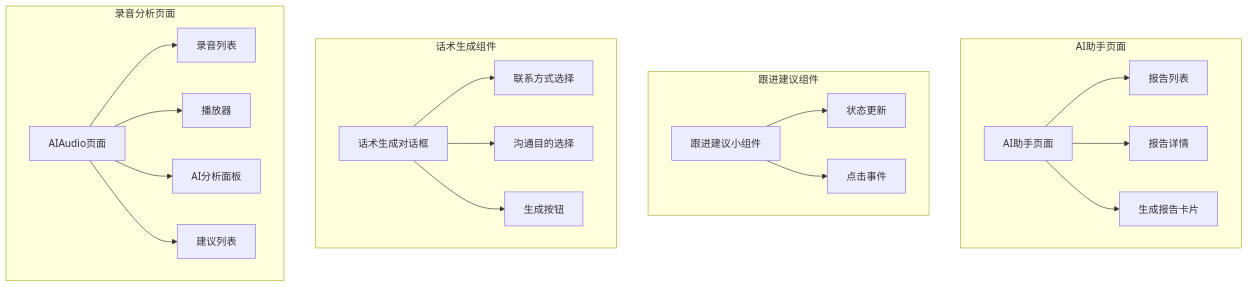
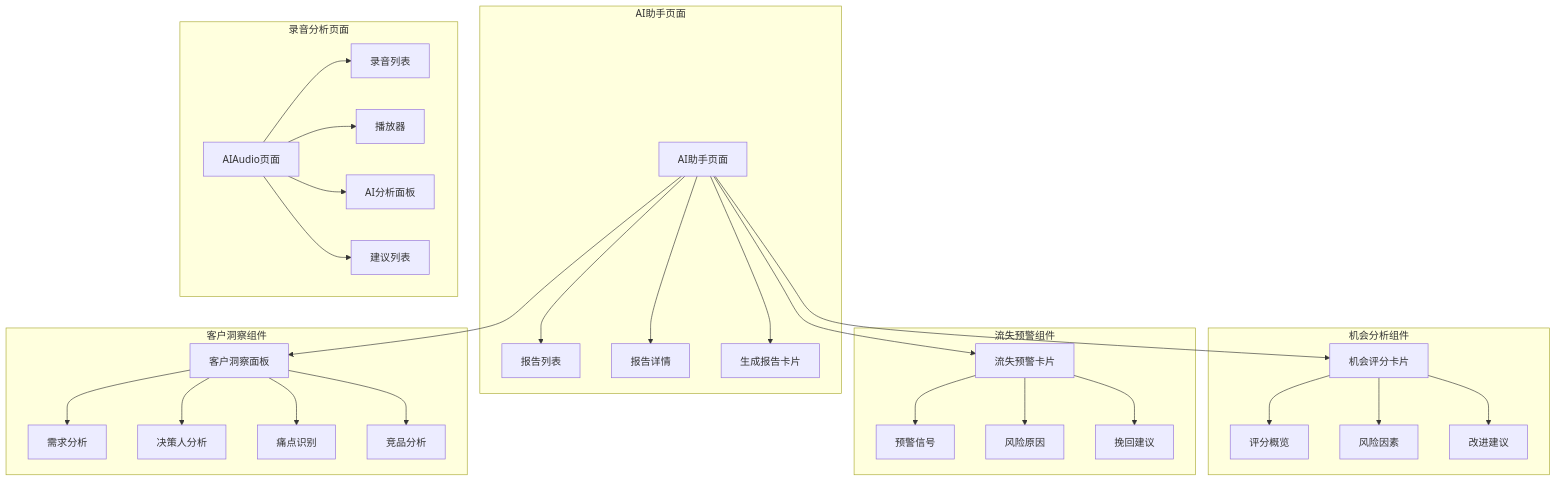
One commit to xianjianshenqu/SalesFlow-CRM changed the sixth of 7 diagrams in .qoder/repowiki/zh/content/核心组件/AI助手.md. Above: the diagram before and after it, drawn with Mermaid. The commit also changed other lines of this file and 36 other files, not shown here.

````diff
--- a/.qoder/repowiki/zh/content/核心组件/AI助手.md
+++ b/.qoder/repowiki/zh/content/核心组件/AI助手.md
@@ -258,39 +420,55 @@
 ```mermaid
 graph TB
 subgraph "AI助手页面"
 AA[AI助手页面]
 RL[报告列表]
 RD[报告详情]
 GR[生成报告卡片]
 end
-subgraph "跟进建议组件"
-FW[跟进建议小组件]
-SC[状态更新]
-CL[点击事件]
+subgraph "机会分析组件"
+OSC[机会评分卡片]
+SS[评分概览]
+RS[风险因素]
+REC[改进建议]
 end
-subgraph "话术生成组件"
-SG[话术生成对话框]
-CT[联系方式选择]
-PU[沟通目的选择]
-CG[生成按钮]
+subgraph "流失预警组件"
+CAC[流失预警卡片]
+SIG[预警信号]
+REAS[风险原因]
+SUG[挽回建议]
+end
+subgraph "客户洞察组件"
+CIP[客户洞察面板]
+NEED[需求分析]
+DEC[决策人分析]
+PAIN[痛点识别]
+COMP[竞品分析]
 end
 subgraph "录音分析页面"
 AP[AIAudio页面]
 RL2[录音列表]
 PL[播放器]
 AI[AI分析面板]
 SL[建议列表]
 end
 AA --> RL
 AA --> RD
 AA --> GR
-FW --> SC
-FW --> CL
-SG --> CT
-SG --> PU
-SG --> CG
+AA --> OSC
+AA --> CAC
+AA --> CIP
+OSC --> SS
+OSC --> RS
+OSC --> REC
+CAC --> SIG
+CAC --> REAS
+CAC --> SUG
+CIP --> NEED
+CIP --> DEC
+CIP --> PAIN
+CIP --> COMP
 AP --> RL2
 AP --> PL
 AP --> AI
 AP --> SL
 ```
````
